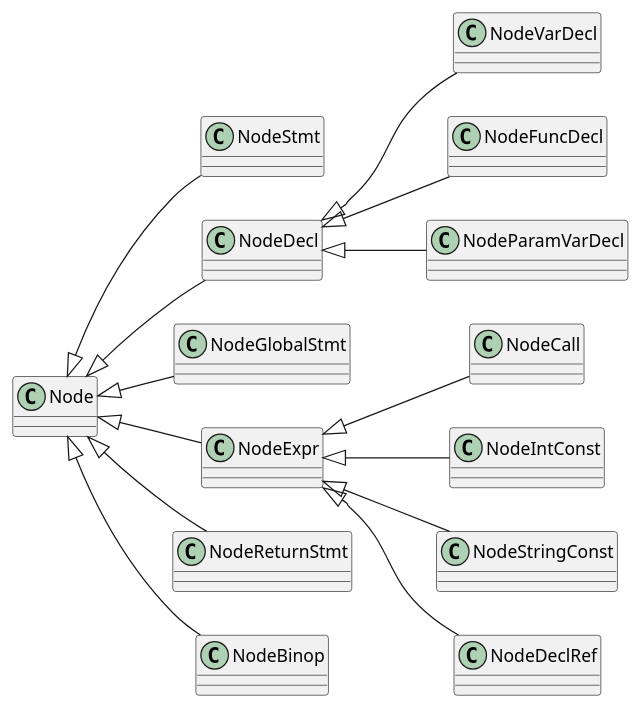
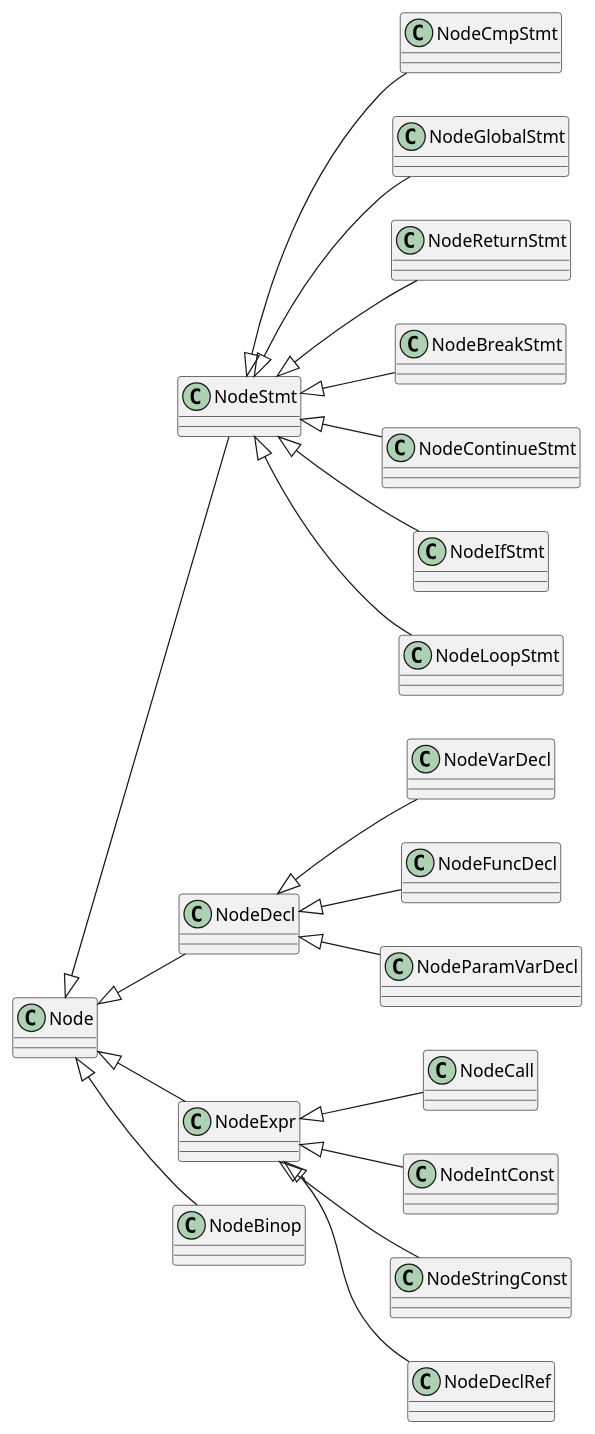
Before and after one commit to travisdoor/bl: the diagram in doc/classes.puml, drawn with PlantUML. The commit also changed 2 other files, not shown here.

```diff
--- a/doc/classes.puml
+++ b/doc/classes.puml
@@ -1,19 +1,25 @@
 @startuml
 left to right direction
 Node <|-- NodeStmt
 Node <|-- NodeDecl
-Node <|-- NodeGlobalStmt
 Node <|-- NodeExpr
-Node <|-- NodeReturnStmt
 Node <|-- NodeBinop
 
 NodeDecl <|-- NodeVarDecl
 NodeDecl <|-- NodeFuncDecl
 NodeDecl <|-- NodeParamVarDecl
 
 NodeExpr <|-- NodeCall
 NodeExpr <|-- NodeIntConst
 NodeExpr <|-- NodeStringConst
 NodeExpr <|-- NodeDeclRef
 
+NodeStmt <|-- NodeCmpStmt
+NodeStmt <|-- NodeGlobalStmt
+NodeStmt <|-- NodeReturnStmt
+NodeStmt <|-- NodeBreakStmt
+NodeStmt <|-- NodeContinueStmt
+NodeStmt <|-- NodeIfStmt
+NodeStmt <|-- NodeLoopStmt
+
 @enduml
```
